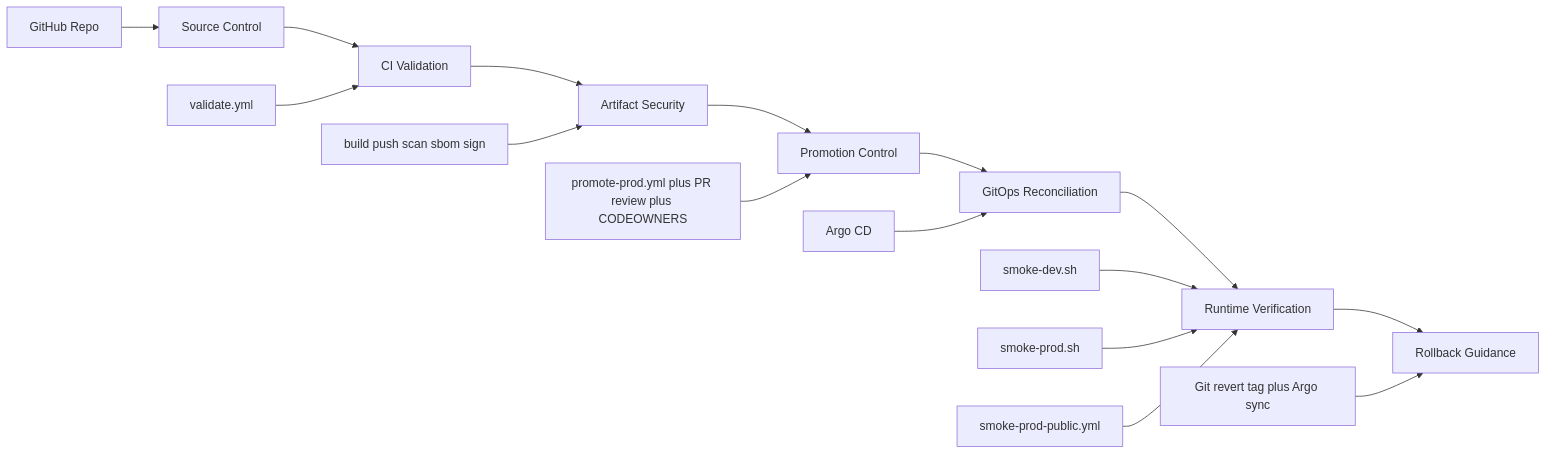
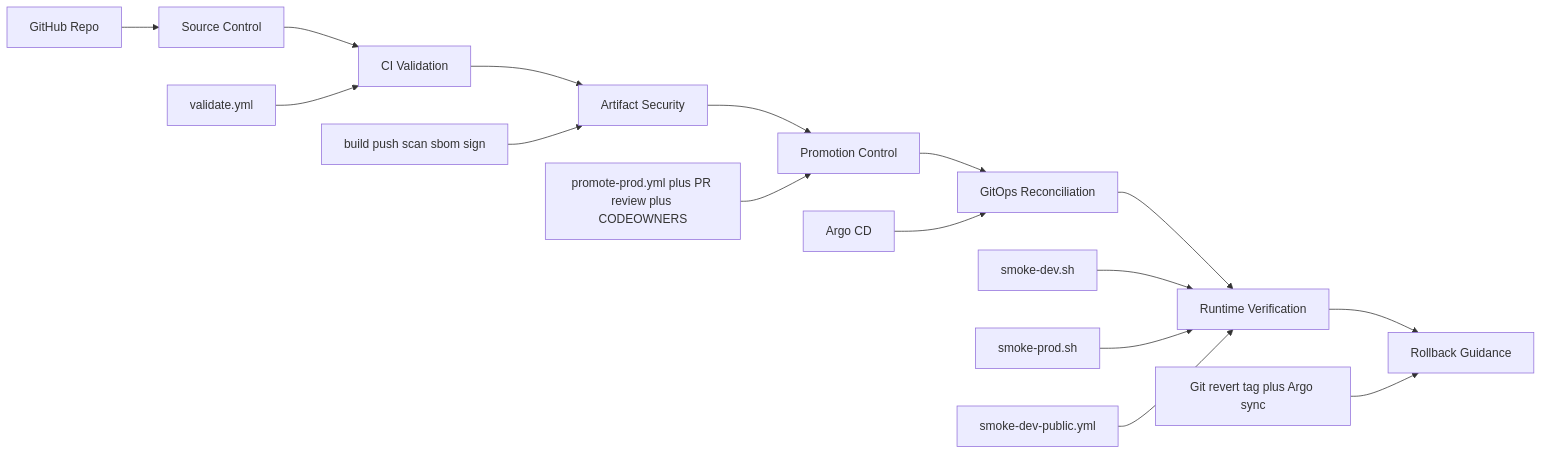
The second of 2 diagrams in k8s-legacy-platform/PRODUCTION_GRADE_CICD_BLUEPRINT.md (eseosaiyangbe/OpenSIS), drawn with Mermaid before and after one commit. The commit also changed other lines of this file and 21 other files, not shown here.

Commit message:
Normalize dev-first CI paths and public smoke validation

````diff
--- a/k8s-legacy-platform/PRODUCTION_GRADE_CICD_BLUEPRINT.md
+++ b/k8s-legacy-platform/PRODUCTION_GRADE_CICD_BLUEPRINT.md
@@ -215,22 +215,22 @@
 ```mermaid
 flowchart LR
     A[Source Control] --> B[CI Validation]
     B --> C[Artifact Security]
     C --> D[Promotion Control]
     D --> E[GitOps Reconciliation]
     E --> F[Runtime Verification]
     F --> G[Rollback Guidance]
 
     A1[GitHub Repo] --> A
     B1[validate.yml] --> B
     C1[build push scan sbom sign] --> C
     D1[promote-prod.yml plus PR review plus CODEOWNERS] --> D
     E1[Argo CD] --> E
     F1[smoke-dev.sh]
     F2[smoke-prod.sh]
-    F3[smoke-prod-public.yml]
+    F3[smoke-dev-public.yml]
     F1 --> F
     F2 --> F
     F3 --> F
     G1[Git revert tag plus Argo sync] --> G
 ```
````
